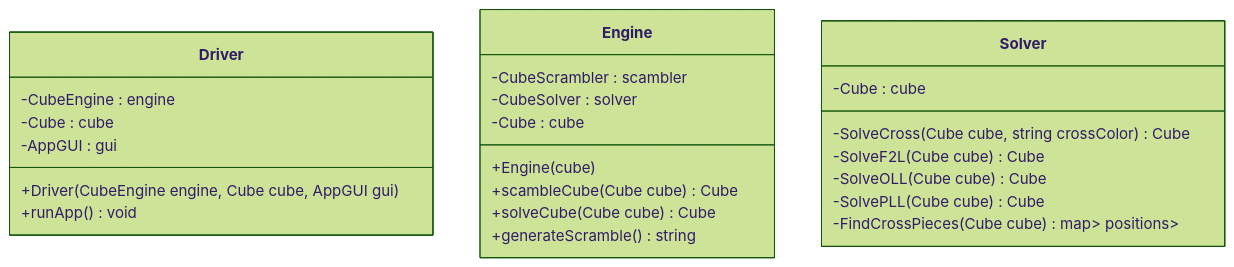
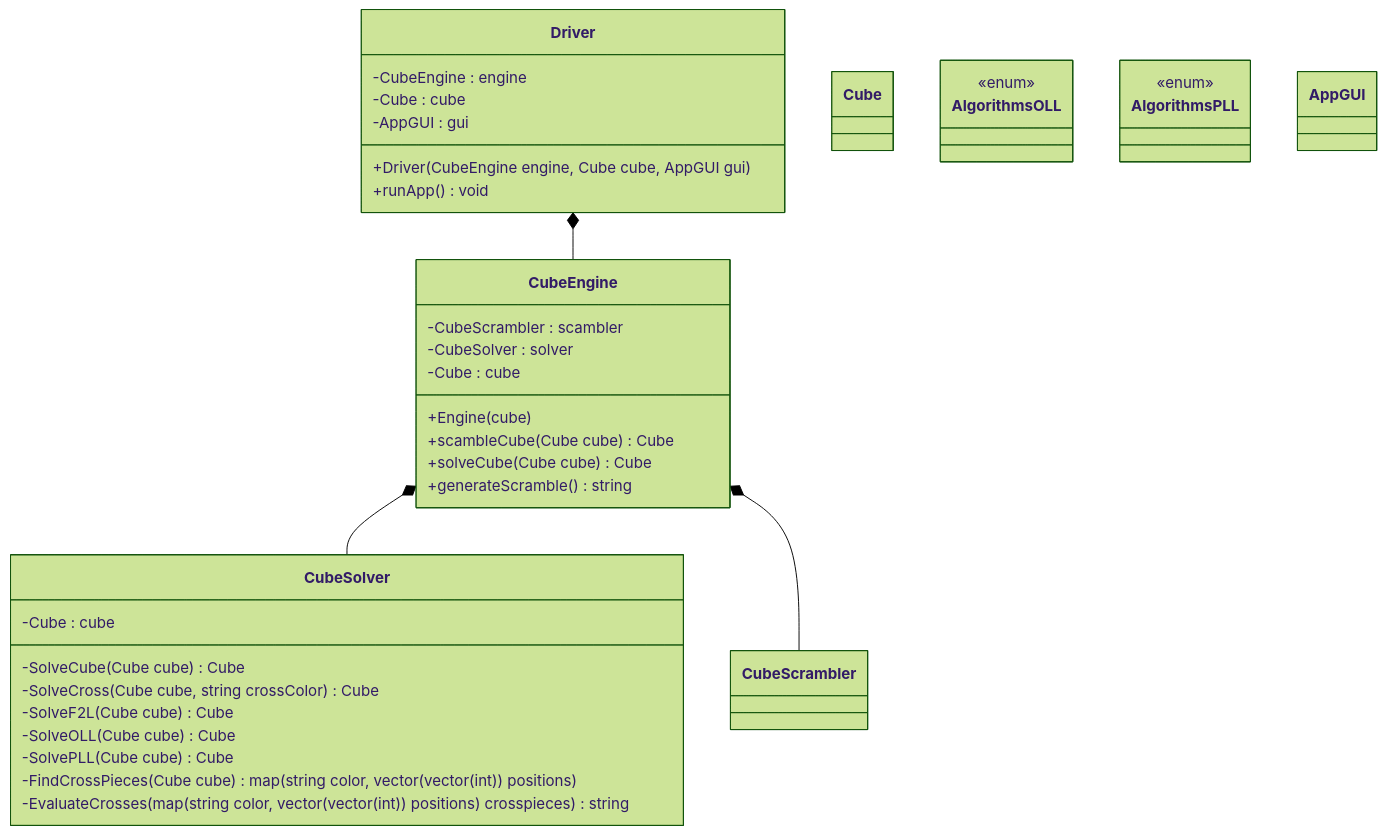
Before and after one commit to AydenGarza/rubikscubeengine: the diagram in architecture.md, drawn with Mermaid (forest theme).

Commit message:
Updated architecture, nearing completion

````diff
--- a/architecture.md
+++ b/architecture.md
@@ -3,35 +3,59 @@
 ``` mermaid
 classDiagram
 
     class Driver{
         -CubeEngine : engine
         -Cube : cube
         -AppGUI : gui
 
         +Driver(CubeEngine engine, Cube cube, AppGUI gui)
         +runApp() void
     }
 
-    class Engine{
+    class CubeEngine{
         -CubeScrambler : scambler
         -CubeSolver : solver
         -Cube : cube
 
         +Engine(cube)
         +scambleCube (Cube cube) Cube
         +solveCube (Cube cube) Cube
         +generateScramble() string
     }
 
-    class Solver{
+    class CubeSolver{
         -Cube : cube
 
+        -SolveCube(Cube cube) Cube
         -SolveCross(Cube cube, string crossColor) Cube
         -SolveF2L(Cube cube) Cube
         -SolveOLL(Cube cube) Cube
         -SolvePLL(Cube cube) Cube
-        -FindCrossPieces(Cube cube) map<string color, vector<vector<int>> positions>
+        -FindCrossPieces(Cube cube) : map(string color, vector(vector(int)) positions)
+        -EvaluateCrosses(map(string color, vector(vector(int)) positions) crosspieces) string
+    }
+    
+    class CubeScrambler{
+
     }
 
-    
+    class Cube{
+
+    }
+
+    class AlgorithmsOLL{
+        <<enum>>
+    }
+
+    class AlgorithmsPLL{
+        <<enum>>
+    }
+
+    class AppGUI{
+        
+    }
+
+    Driver *-- CubeEngine
+    CubeEngine *-- CubeSolver
+    CubeEngine *-- CubeScrambler
 ```
````
